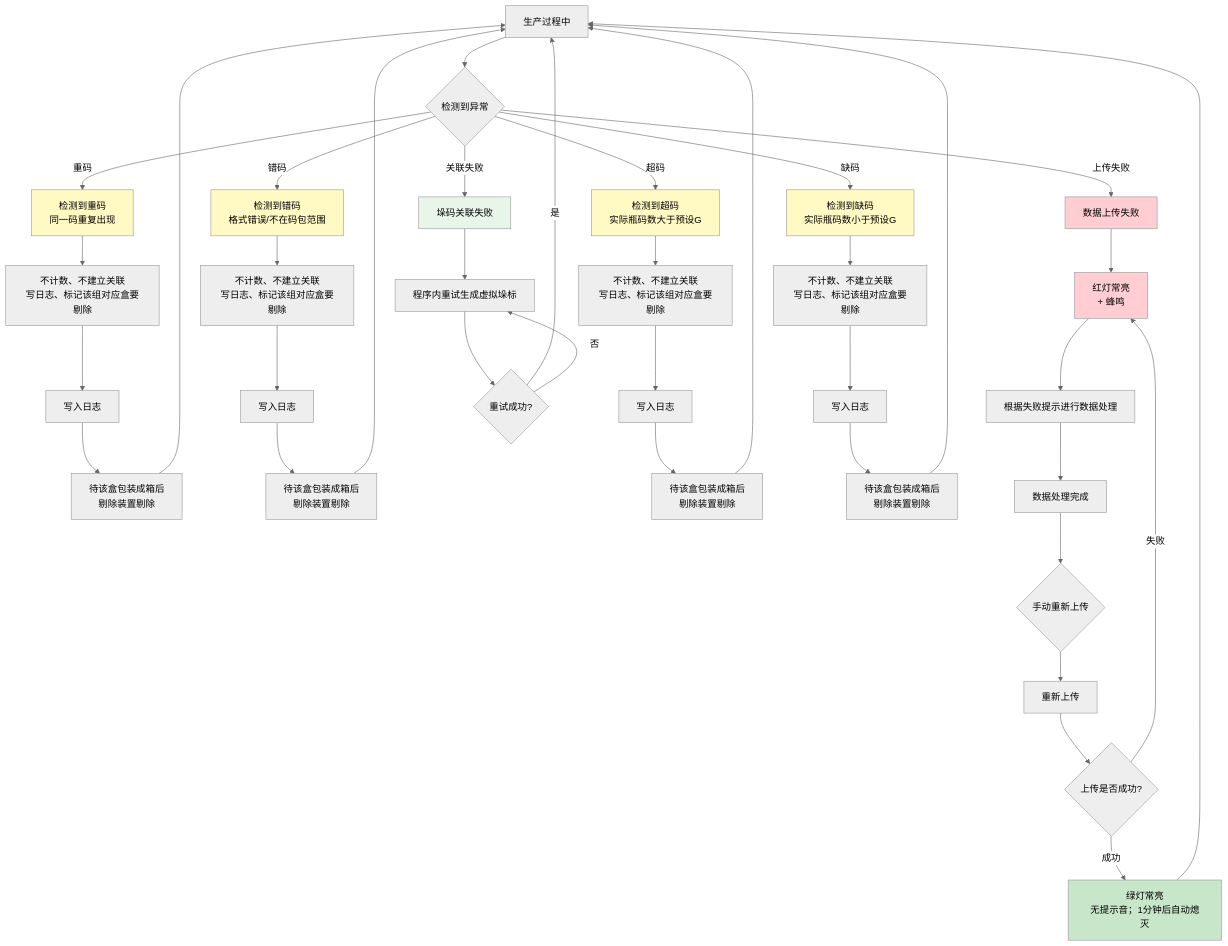
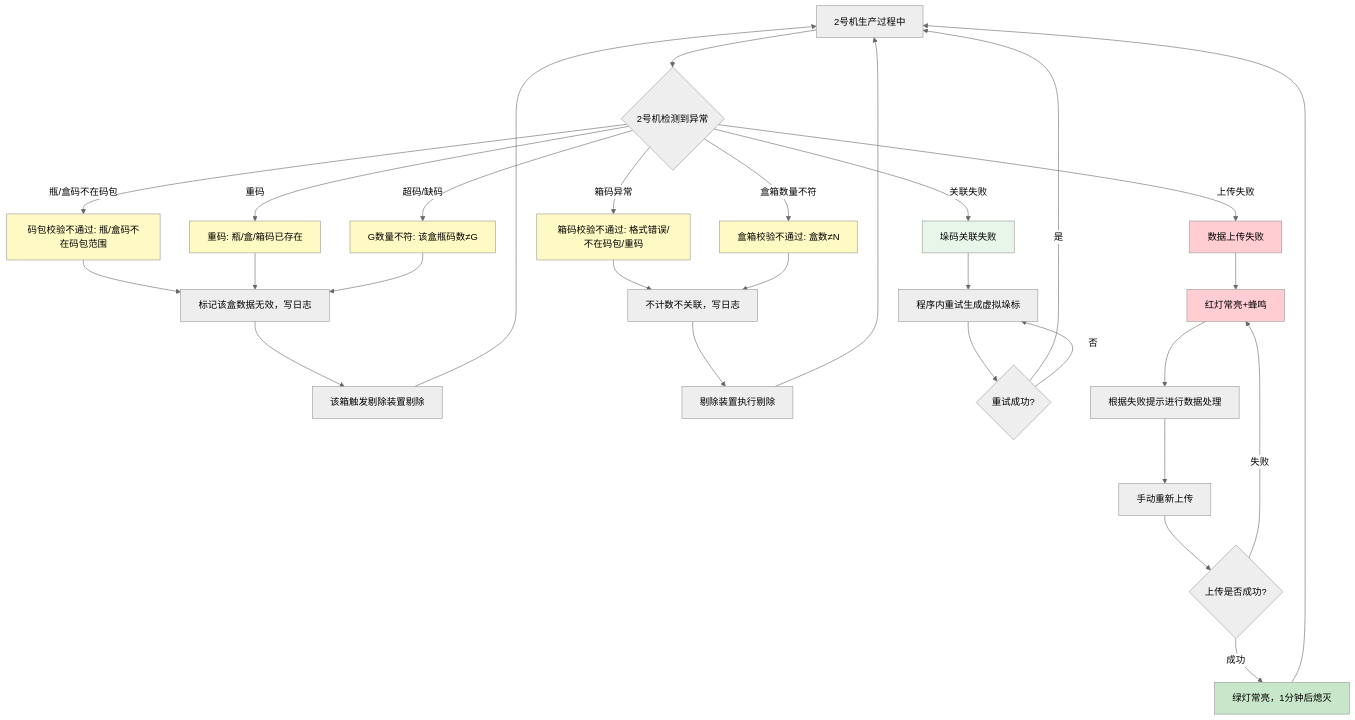
The third of 3 diagrams in .requirement/V1.2石湾产线采集关联/赋码采集关联系统T1.2.0（石湾版）- AI文档.md (chenshuhuai-miduo/ProductionTool-shiwan), drawn with Mermaid (neutral theme) before and after one commit. The commit also changed other lines of this file and 12 other files, not shown here.

````diff
--- a/.requirement/V1.2石湾产线采集关联/赋码采集关联系统T1.2.0（石湾版）- AI文档.md
+++ b/.requirement/V1.2石湾产线采集关联/赋码采集关联系统T1.2.0（石湾版）- AI文档.md
@@ -465,56 +473,47 @@
 ```mermaid
 graph TD
-    Start[生产过程中] --> DetectError{检测到异常}
+    Start[2号机生产过程中] --> DetectError{2号机检测到异常}
     
-    DetectError -->|重码| DuplicateCode[检测到重码<br/>同一码重复出现]
-    DetectError -->|错码| WrongCode[检测到错码<br/>格式错误/不在码包范围]
-    DetectError -->|超码| OverCode[检测到超码<br/>实际瓶码数大于预设G]
-    DetectError -->|缺码| UnderCode[检测到缺码<br/>实际瓶码数小于预设G]
+    DetectError -->|瓶/盒码不在码包| WrongCode[码包校验不通过: 瓶/盒码不在码包范围]
+    DetectError -->|重码| DuplicateCode[重码: 瓶/盒/箱码已存在]
+    DetectError -->|超码/缺码| CountError[G数量不符: 该盒瓶码数≠G]
+    DetectError -->|箱码异常| BoxCodeError[箱码校验不通过: 格式错误/不在码包/重码]
+    DetectError -->|盒箱数量不符| AssocError[盒箱校验不通过: 盒数≠N]
     DetectError -->|关联失败| AssociateFail[垛码关联失败]
     DetectError -->|上传失败| UploadFail[数据上传失败]
     
-    DuplicateCode --> MarkBox1[不计数、不建立关联<br/>写日志、标记该组对应盒要剔除]
-    MarkBox1 --> Log1[写入日志]
-    Log1 --> Log1End[待该盒包装成箱后<br/>剔除装置剔除]
+    WrongCode --> MarkEject1[标记该盒数据无效，写日志]
+    DuplicateCode --> MarkEject1
+    CountError --> MarkEject1
+    MarkEject1 --> EjectBox1[该箱触发剔除装置剔除]
     
-    WrongCode --> MarkBox2[不计数、不建立关联<br/>写日志、标记该组对应盒要剔除]
-    MarkBox2 --> Log2[写入日志]
-    Log2 --> Log2End[待该盒包装成箱后<br/>剔除装置剔除]
-    
-    OverCode --> MarkBox3[不计数、不建立关联<br/>写日志、标记该组对应盒要剔除]
-    MarkBox3 --> Log3[写入日志]
-    Log3 --> Log3End[待该盒包装成箱后<br/>剔除装置剔除]
-    
-    UnderCode --> MarkBox4[不计数、不建立关联<br/>写日志、标记该组对应盒要剔除]
-    MarkBox4 --> Log4[写入日志]
-    Log4 --> Log4End[待该盒包装成箱后<br/>剔除装置剔除]
+    BoxCodeError --> MarkEject2[不计数不关联，写日志]
+    AssocError --> MarkEject2
+    MarkEject2 --> EjectBox2[剔除装置执行剔除]
     
     AssociateFail --> RetryGen[程序内重试生成虚拟垛标]
     RetryGen --> RetryCheck{重试成功?}
     RetryCheck -->|是| Start
     RetryCheck -->|否| RetryGen
     
-    UploadFail --> RedLight[红灯常亮<br/>+ 蜂鸣]
+    UploadFail --> RedLight[红灯常亮+蜂鸣]
     RedLight --> DataProcess[根据失败提示进行数据处理]
-    DataProcess --> DataProcessEnd[数据处理完成]
-    DataProcessEnd --> ManualRetry{手动重新上传}
-    ManualRetry --> RetryUpload[重新上传]
-    RetryUpload --> CheckRetry{上传是否成功?}
-    CheckRetry -->|成功| GreenLight[绿灯常亮<br/>无提示音；1分钟后自动熄灭]
+    DataProcess --> ManualRetry[手动重新上传]
+    ManualRetry --> CheckRetry{上传是否成功?}
+    CheckRetry -->|成功| GreenLight[绿灯常亮，1分钟后熄灭]
     CheckRetry -->|失败| RedLight
     
-    Log1End --> Start
-    Log2End --> Start
-    Log3End --> Start
-    Log4End --> Start
+    EjectBox1 --> Start
+    EjectBox2 --> Start
     GreenLight --> Start
     
+    style WrongCode fill:#fff9c4
     style DuplicateCode fill:#fff9c4
-    style WrongCode fill:#fff9c4
-    style OverCode fill:#fff9c4
-    style UnderCode fill:#fff9c4
+    style CountError fill:#fff9c4
+    style BoxCodeError fill:#fff9c4
+    style AssocError fill:#fff9c4
     style AssociateFail fill:#e8f5e9
     style UploadFail fill:#ffcdd2
     style RedLight fill:#ffcdd2
     style GreenLight fill:#c8e6c9
 ```
````
